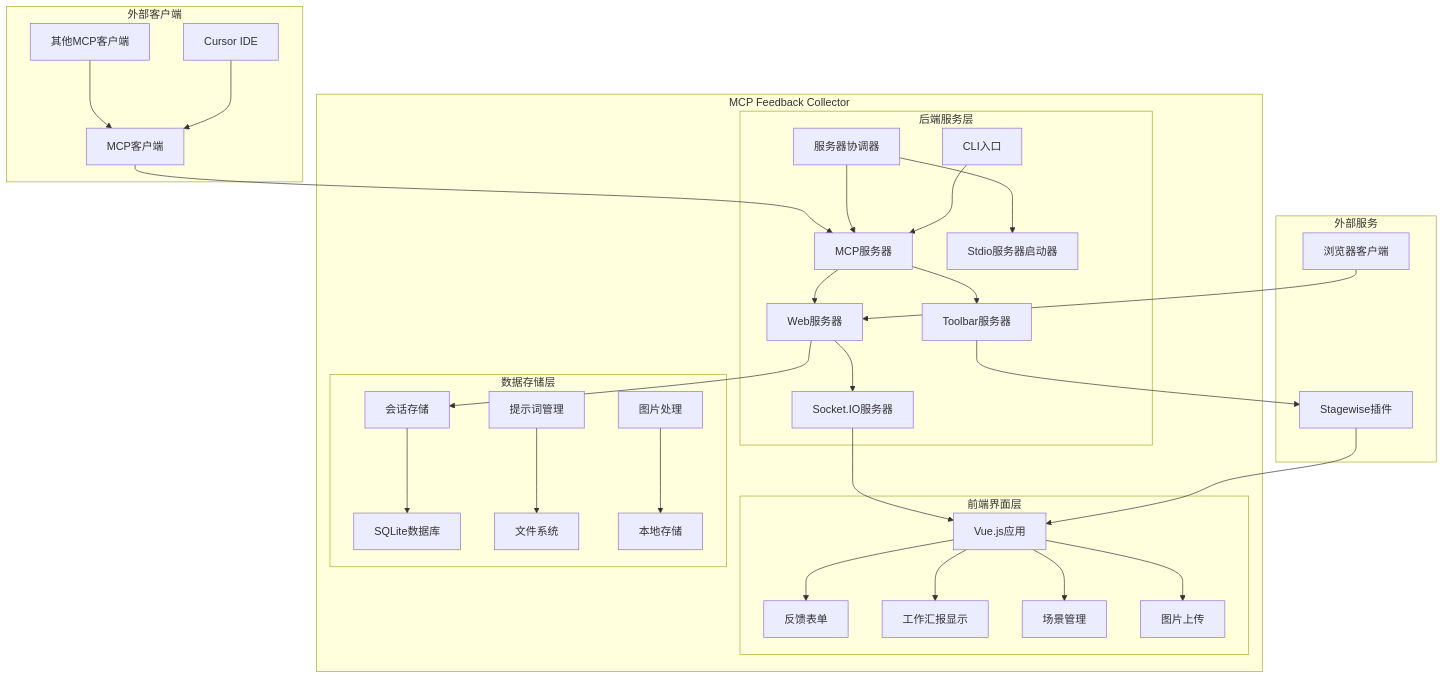
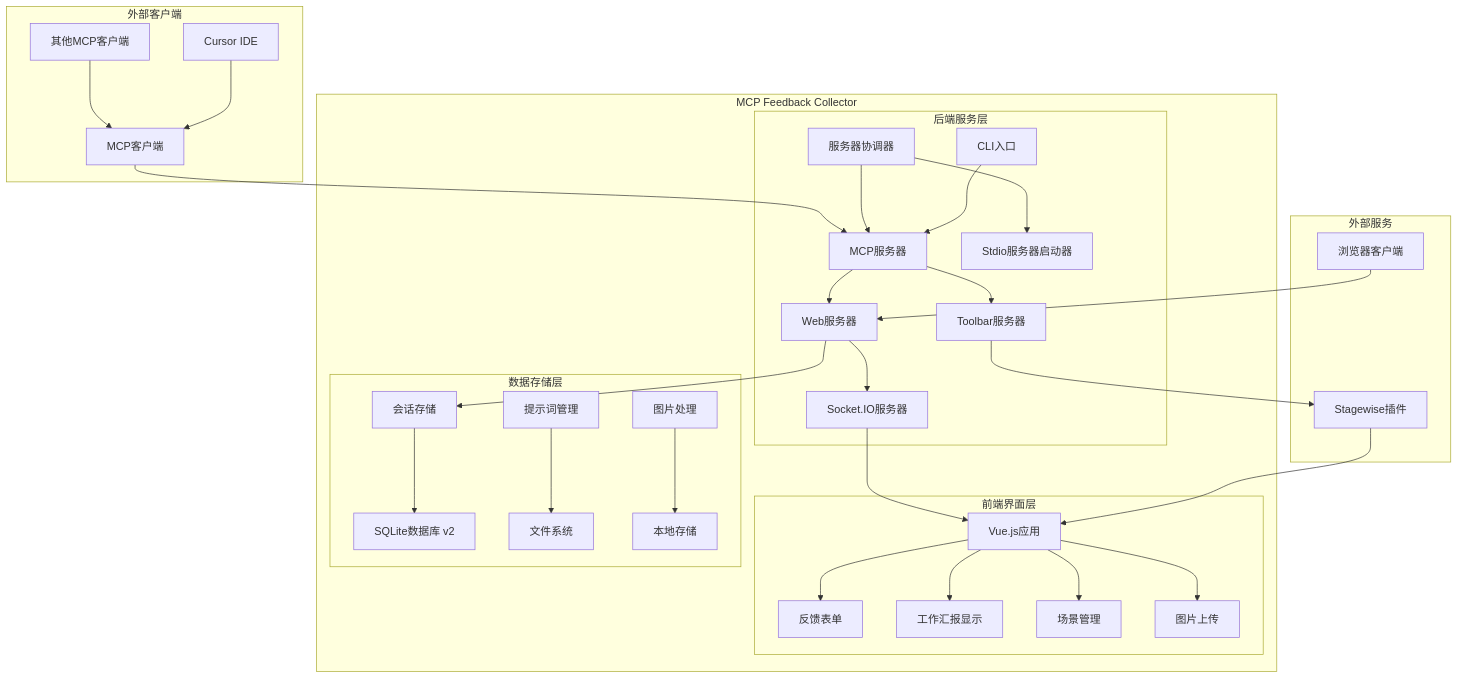
Before and after one commit to Songmengdi/mcp-feedback-collector: the first of 2 diagrams in docs/架构层/架构设计.md, drawn with Mermaid. The commit also changed 9 other files, not shown here.

````diff
--- a/docs/架构层/架构设计.md
+++ b/docs/架构层/架构设计.md
@@ -5,41 +5,41 @@
 ```mermaid
 graph TB
     subgraph "外部客户端"
         A[Cursor IDE] --> B[MCP客户端]
         C[其他MCP客户端] --> B
     end
     
     subgraph "MCP Feedback Collector"
         subgraph "后端服务层"
             D[CLI入口] --> E[MCP服务器]
             E --> F[Web服务器]
             E --> G[Toolbar服务器]
             F --> H[Socket.IO服务器]
             I[服务器协调器] --> E
             I --> J[Stdio服务器启动器]
         end
         
         subgraph "前端界面层"
             K[Vue.js应用] --> L[反馈表单]
             K --> M[工作汇报显示]
             K --> N[场景管理]
             K --> O[图片上传]
         end
         
         subgraph "数据存储层"
-            P[会话存储] --> Q[SQLite数据库]
+            P[会话存储] --> Q[SQLite数据库 v2]
             R[提示词管理] --> S[文件系统]
             T[图片处理] --> U[本地存储]
         end
     end
     
     subgraph "外部服务"
         V[Stagewise插件] --> K
         W[浏览器客户端] --> F
     end
     
     B --> E
     H --> K
     F --> P
     G --> V
 ```
````
